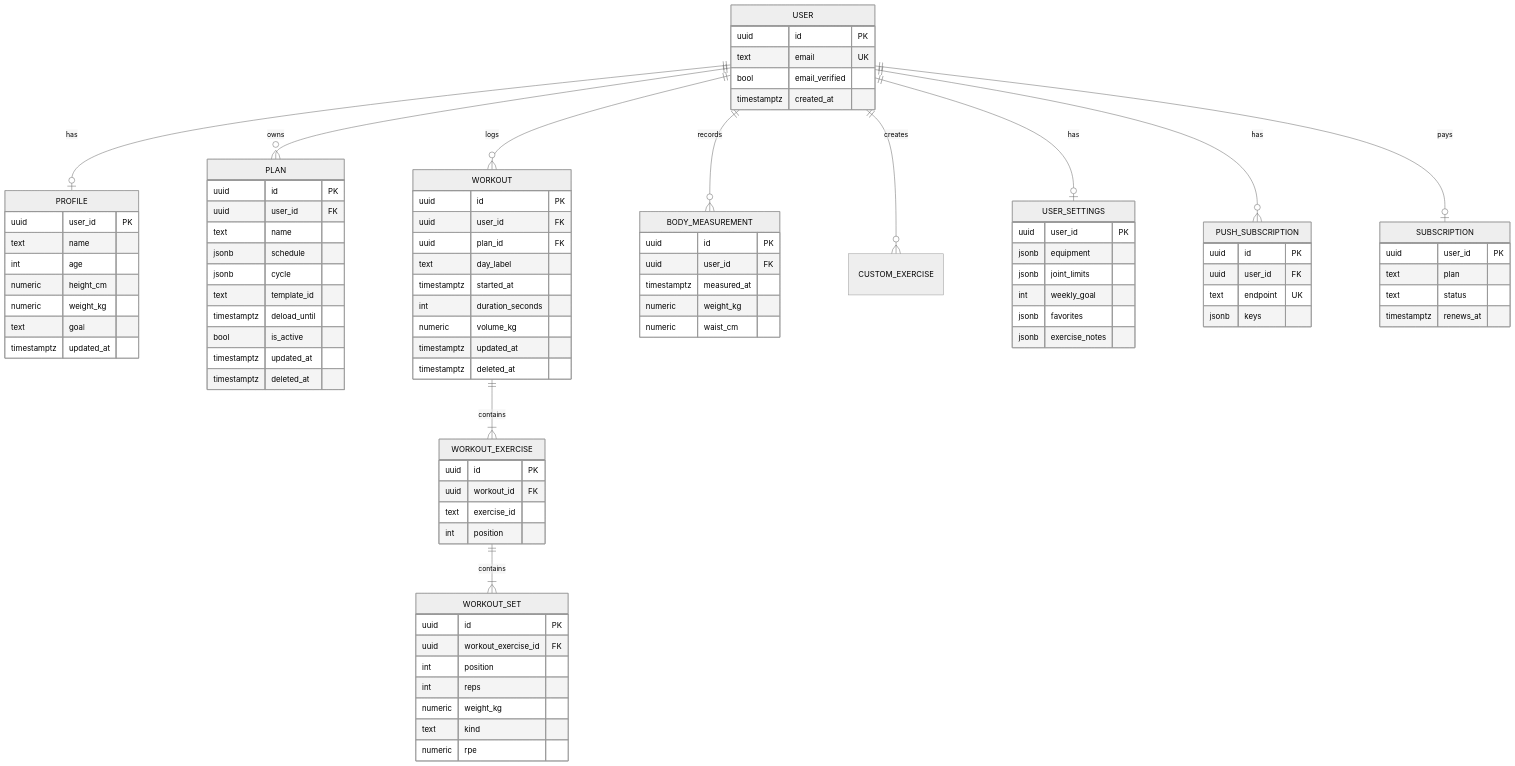
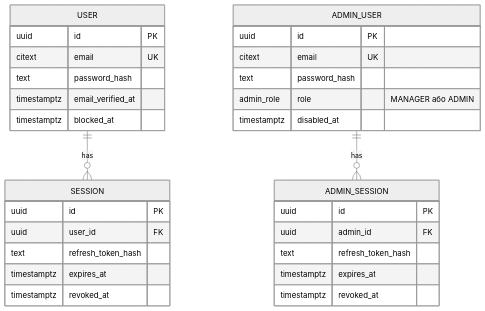
The second of 4 diagrams in docs/backend.md (tsukanovSerhii/FitPulse), drawn with Mermaid (neutral theme) before and after one commit. The commit also changed other lines of this file and 3 other files, not shown here.

````diff
--- a/docs/backend.md
+++ b/docs/backend.md
@@ -61,94 +76,33 @@
 ```mermaid
 erDiagram
-  USER ||--o| PROFILE : has
-  USER ||--o{ PLAN : owns
-  USER ||--o{ WORKOUT : logs
-  WORKOUT ||--|{ WORKOUT_EXERCISE : contains
-  WORKOUT_EXERCISE ||--|{ WORKOUT_SET : contains
-  USER ||--o{ BODY_MEASUREMENT : records
-  USER ||--o{ CUSTOM_EXERCISE : creates
-  USER ||--o| USER_SETTINGS : has
-  USER ||--o{ PUSH_SUBSCRIPTION : has
-  USER ||--o| SUBSCRIPTION : pays
-
+  USER ||--o{ SESSION : has
+  ADMIN_USER ||--o{ ADMIN_SESSION : has
   USER {
     uuid id PK
-    text email UK
-    bool email_verified
-    timestamptz created_at
+    citext email UK
+    text password_hash
+    timestamptz email_verified_at
+    timestamptz blocked_at
   }
-  PROFILE {
-    uuid user_id PK
-    text name
-    int age
-    numeric height_cm
-    numeric weight_kg
-    text goal
-    timestamptz updated_at
-  }
-  PLAN {
+  SESSION {
     uuid id PK
     uuid user_id FK
-    text name
-    jsonb schedule
-    jsonb cycle
-    text template_id
-    timestamptz deload_until
-    bool is_active
-    timestamptz updated_at
-    timestamptz deleted_at
+    text refresh_token_hash
+    timestamptz expires_at
+    timestamptz revoked_at
   }
-  WORKOUT {
+  ADMIN_USER {
     uuid id PK
-    uuid user_id FK
-    uuid plan_id FK
-    text day_label
-    timestamptz started_at
-    int duration_seconds
-    numeric volume_kg
-    timestamptz updated_at
-    timestamptz deleted_at
+    citext email UK
+    text password_hash
+    admin_role role "MANAGER або ADMIN"
+    timestamptz disabled_at
   }
-  WORKOUT_EXERCISE {
+  ADMIN_SESSION {
     uuid id PK
-    uuid workout_id FK
-    text exercise_id
-    int position
-  }
-  WORKOUT_SET {
-    uuid id PK
-    uuid workout_exercise_id FK
-    int position
-    int reps
-    numeric weight_kg
-    text kind
-    numeric rpe
-  }
-  BODY_MEASUREMENT {
-    uuid id PK
-    uuid user_id FK
-    timestamptz measured_at
-    numeric weight_kg
-    numeric waist_cm
-  }
-  USER_SETTINGS {
-    uuid user_id PK
-    jsonb equipment
-    jsonb joint_limits
-    int weekly_goal
-    jsonb favorites
-    jsonb exercise_notes
-  }
-  PUSH_SUBSCRIPTION {
-    uuid id PK
-    uuid user_id FK
-    text endpoint UK
-    jsonb keys
-  }
-  SUBSCRIPTION {
-    uuid user_id PK
-    text plan
-    text status
-    timestamptz renews_at
+    uuid admin_id FK
+    text refresh_token_hash
+    timestamptz expires_at
+    timestamptz revoked_at
   }
 ```
````
